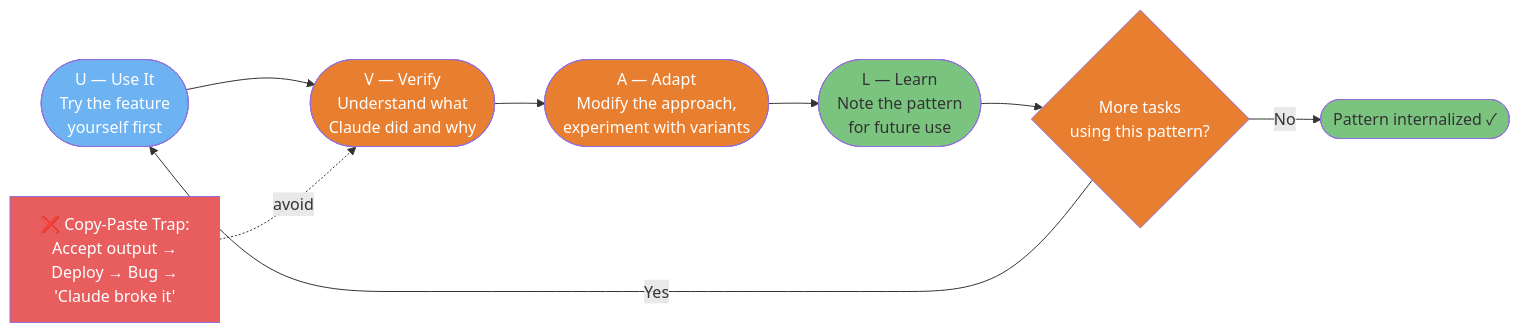
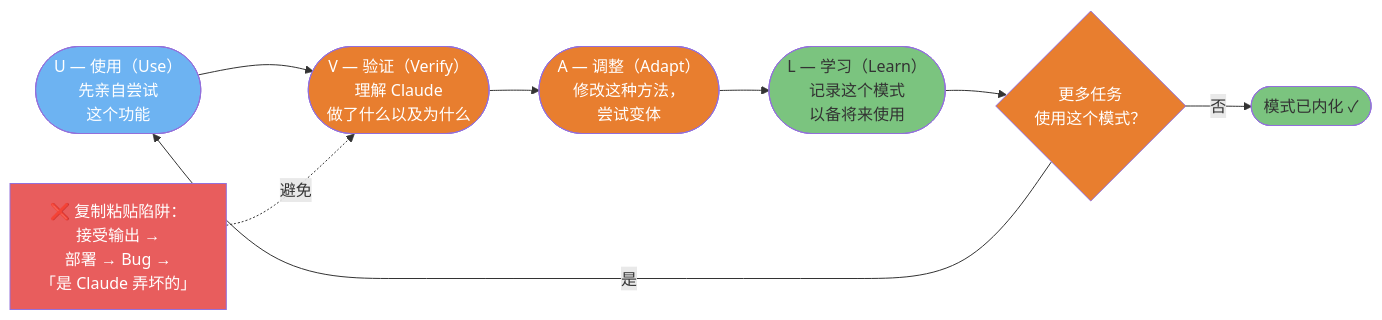
Before and after one commit to lawrencewzen/aispark-wiki: the second of 3 diagrams in claude-code/diagrams/10-adoption-and-learning.md, drawn with Mermaid. The commit also changed other lines of this file and 82 other files, not shown here.

First line of the commit message:
feat: 完成 claude-code/ 目录全量中文翻译

````diff
--- a/claude-code/diagrams/10-adoption-and-learning.md
+++ b/claude-code/diagrams/10-adoption-and-learning.md
@@ -96,31 +96,31 @@
 ```mermaid
 flowchart LR
-    U([U — Use It<br/>Try the feature<br/>yourself first]) --> V
+    U([U — 使用（Use）<br/>先亲自尝试<br/>这个功能]) --> V
 
-    V([V — Verify<br/>Understand what<br/>Claude did and why]) --> A
+    V([V — 验证（Verify）<br/>理解 Claude<br/>做了什么以及为什么]) --> A
 
-    A([A — Adapt<br/>Modify the approach,<br/>experiment with variants]) --> L
+    A([A — 调整（Adapt）<br/>修改这种方法，<br/>尝试变体]) --> L
 
-    L([L — Learn<br/>Note the pattern<br/>for future use]) --> NEXT
+    L([L — 学习（Learn）<br/>记录这个模式<br/>以备将来使用]) --> NEXT
 
-    NEXT{More tasks<br/>using this pattern?} -->|Yes| U
-    NEXT -->|No| DONE([Pattern internalized ✓])
+    NEXT{更多任务<br/>使用这个模式？} -->|是| U
+    NEXT -->|否| DONE([模式已内化 ✓])
 
-    TRAP["❌ Copy-Paste Trap:<br/>Accept output →<br/>Deploy → Bug →<br/>'Claude broke it'"] -.->|avoid| V
+    TRAP["❌ 复制粘贴陷阱：<br/>接受输出 →<br/>部署 → Bug →<br/>「是 Claude 弄坏的」"] -.->|避免| V
 
     style U fill:#6DB3F2,color:#fff
     style V fill:#E87E2F,color:#fff
     style A fill:#E87E2F,color:#fff
     style L fill:#7BC47F,color:#333
     style NEXT fill:#E87E2F,color:#fff
     style DONE fill:#7BC47F,color:#333
     style TRAP fill:#E85D5D,color:#fff
 
-    click U href "https://github.com/claude-code-ultimate-guide/claude-code-ultimate-guide/blob/main/guide/roles/learning-with-ai.md" "Use It"
-    click V href "https://github.com/claude-code-ultimate-guide/claude-code-ultimate-guide/blob/main/guide/roles/learning-with-ai.md" "Verify"
-    click A href "https://github.com/claude-code-ultimate-guide/claude-code-ultimate-guide/blob/main/guide/roles/learning-with-ai.md" "Adapt"
-    click L href "https://github.com/claude-code-ultimate-guide/claude-code-ultimate-guide/blob/main/guide/roles/learning-with-ai.md" "Learn"
-    click NEXT href "https://github.com/claude-code-ultimate-guide/claude-code-ultimate-guide/blob/main/guide/roles/learning-with-ai.md" "More tasks using this pattern?"
-    click DONE href "https://github.com/claude-code-ultimate-guide/claude-code-ultimate-guide/blob/main/guide/roles/learning-with-ai.md" "Pattern internalized"
-    click TRAP href "https://github.com/claude-code-ultimate-guide/claude-code-ultimate-guide/blob/main/guide/roles/learning-with-ai.md" "Copy-Paste Trap"
+    click U href "https://github.com/claude-code-ultimate-guide/claude-code-ultimate-guide/blob/main/guide/roles/learning-with-ai.md" "使用"
+    click V href "https://github.com/claude-code-ultimate-guide/claude-code-ultimate-guide/blob/main/guide/roles/learning-with-ai.md" "验证"
+    click A href "https://github.com/claude-code-ultimate-guide/claude-code-ultimate-guide/blob/main/guide/roles/learning-with-ai.md" "调整"
+    click L href "https://github.com/claude-code-ultimate-guide/claude-code-ultimate-guide/blob/main/guide/roles/learning-with-ai.md" "学习"
+    click NEXT href "https://github.com/claude-code-ultimate-guide/claude-code-ultimate-guide/blob/main/guide/roles/learning-with-ai.md" "更多任务使用这个模式？"
+    click DONE href "https://github.com/claude-code-ultimate-guide/claude-code-ultimate-guide/blob/main/guide/roles/learning-with-ai.md" "模式已内化"
+    click TRAP href "https://github.com/claude-code-ultimate-guide/claude-code-ultimate-guide/blob/main/guide/roles/learning-with-ai.md" "复制粘贴陷阱"
 ```
````
